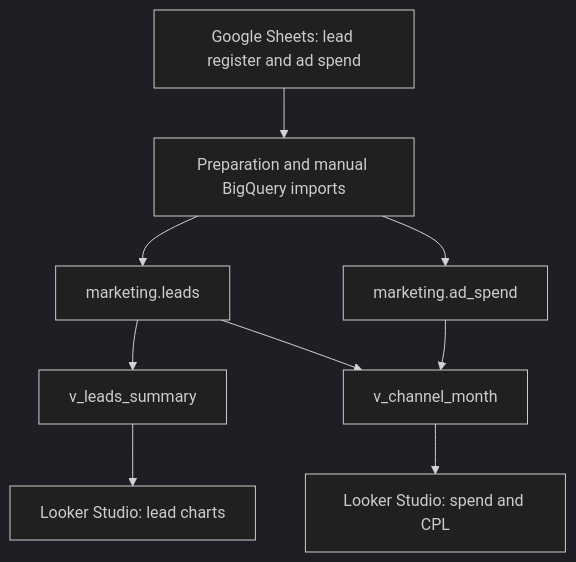
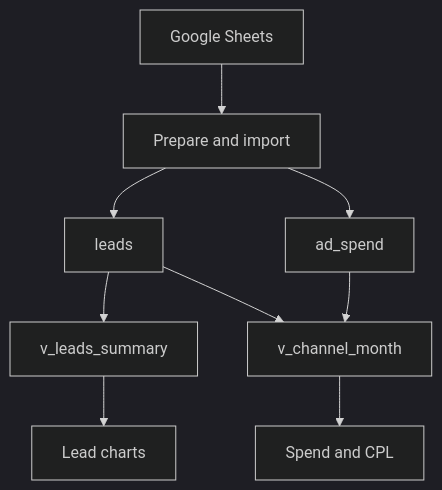
The diagram in README.md (Farscent/NexaHub-Marketing-Performance-Dashboard), drawn with Mermaid (dark theme) before and after one commit. The commit also changed other lines of this file, not shown here.

Commit message:
Revise data pipeline flowchart in README
Updated flowchart in README to reflect changes in data preparation and import process.

````diff
--- a/README.md
+++ b/README.md
@@ -56,11 +56,11 @@
 ```mermaid
 flowchart TD
-    A["Google Sheets: lead register and ad spend"] --> B["Preparation and manual BigQuery imports"]
-    B --> C["marketing.leads"]
-    B --> D["marketing.ad_spend"]
+    A["Google Sheets"] --> B["Prepare and import"]
+    B --> C["leads"]
+    B --> D["ad_spend"]
     C --> E["v_leads_summary"]
     C --> F["v_channel_month"]
     D --> F
-    E --> G["Looker Studio: lead charts"]
-    F --> H["Looker Studio: spend and CPL"]
+    E --> G["Lead charts"]
+    F --> H["Spend and CPL"]
 ```
````
